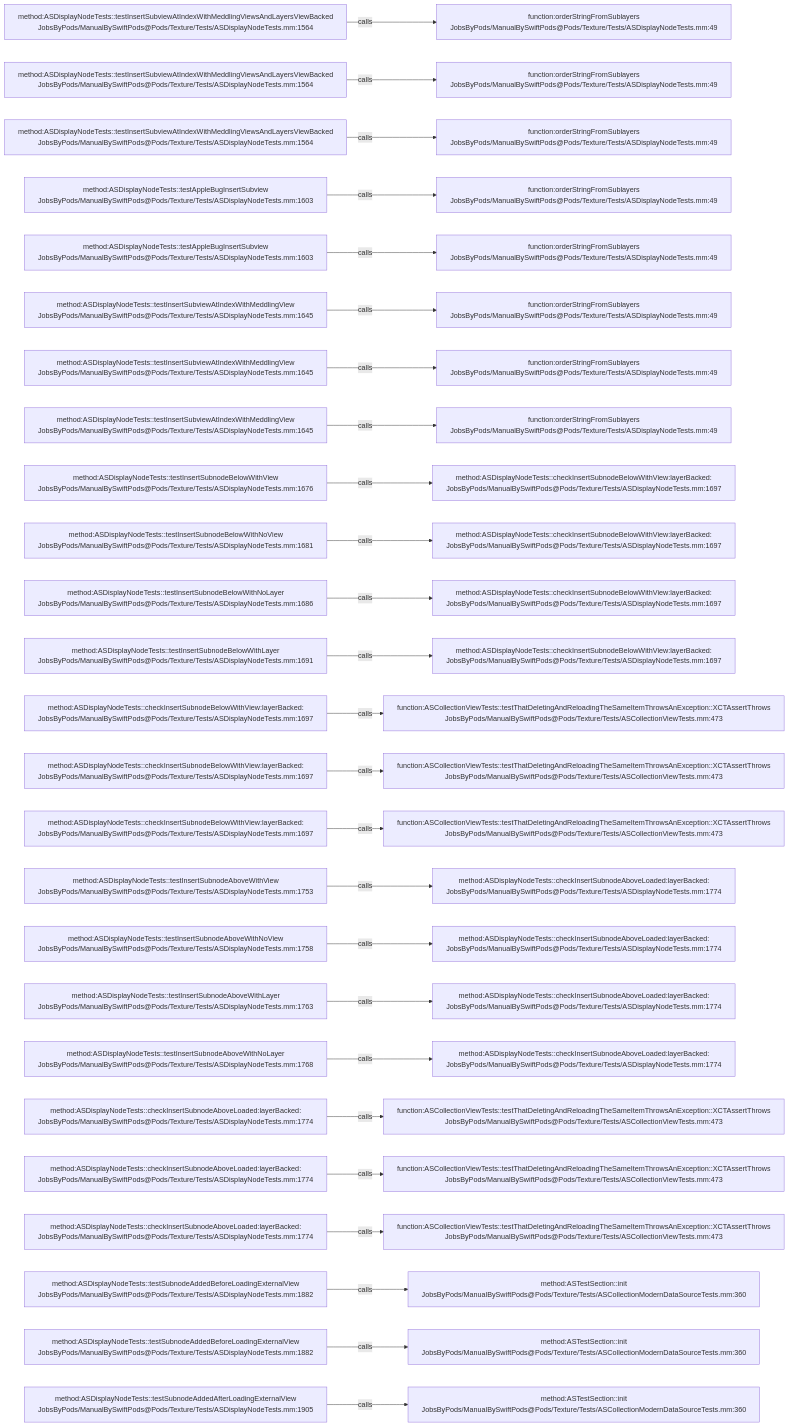
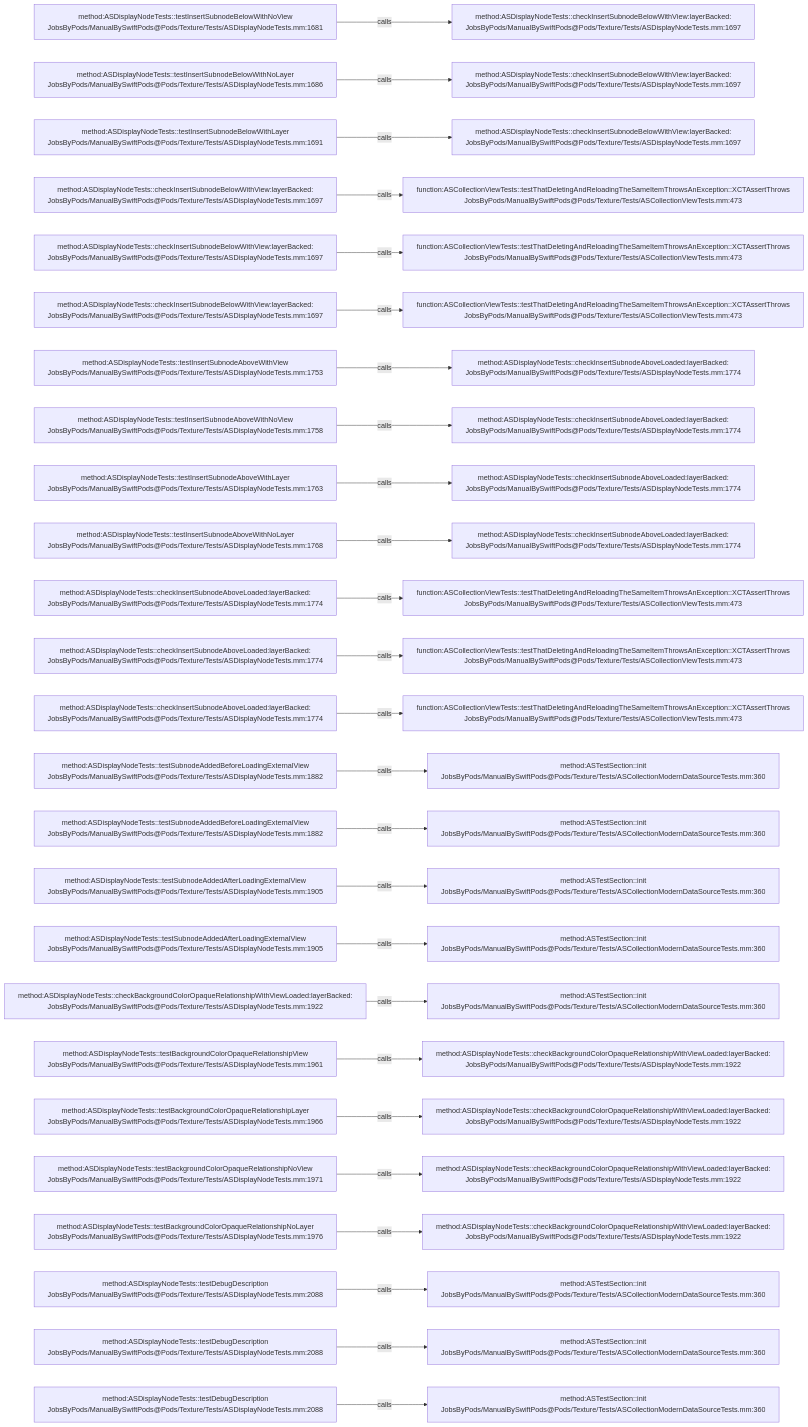
One commit to JobsKits/JobsSwiftBaseConfigDemo changed the diagram in .codegraph/codegraph.md/graphs/calls-193.md. Above: the diagram before and after it, drawn with Mermaid. The commit also changed 707 other files, not shown here.

````diff
--- a/.codegraph/codegraph.md/graphs/calls-193.md
+++ b/.codegraph/codegraph.md/graphs/calls-193.md
@@ -13,78 +13,78 @@
 ```mermaid
 flowchart LR
-  S1["method:ASDisplayNodeTests::testInsertSubviewAtIndexWithMeddlingViewsAndLayersViewBacked<br/>JobsByPods/ManualBySwiftPods@Pods/Texture/Tests/ASDisplayNodeTests.mm:1564"]
-  T1["function:orderStringFromSublayers<br/>JobsByPods/ManualBySwiftPods@Pods/Texture/Tests/ASDisplayNodeTests.mm:49"]
+  S1["method:ASDisplayNodeTests::testInsertSubnodeBelowWithNoView<br/>JobsByPods/ManualBySwiftPods@Pods/Texture/Tests/ASDisplayNodeTests.mm:1681"]
+  T1["method:ASDisplayNodeTests::checkInsertSubnodeBelowWithView:layerBacked:<br/>JobsByPods/ManualBySwiftPods@Pods/Texture/Tests/ASDisplayNodeTests.mm:1697"]
   S1 -->|calls| T1
-  S2["method:ASDisplayNodeTests::testInsertSubviewAtIndexWithMeddlingViewsAndLayersViewBacked<br/>JobsByPods/ManualBySwiftPods@Pods/Texture/Tests/ASDisplayNodeTests.mm:1564"]
-  T2["function:orderStringFromSublayers<br/>JobsByPods/ManualBySwiftPods@Pods/Texture/Tests/ASDisplayNodeTests.mm:49"]
+  S2["method:ASDisplayNodeTests::testInsertSubnodeBelowWithNoLayer<br/>JobsByPods/ManualBySwiftPods@Pods/Texture/Tests/ASDisplayNodeTests.mm:1686"]
+  T2["method:ASDisplayNodeTests::checkInsertSubnodeBelowWithView:layerBacked:<br/>JobsByPods/ManualBySwiftPods@Pods/Texture/Tests/ASDisplayNodeTests.mm:1697"]
   S2 -->|calls| T2
-  S3["method:ASDisplayNodeTests::testInsertSubviewAtIndexWithMeddlingViewsAndLayersViewBacked<br/>JobsByPods/ManualBySwiftPods@Pods/Texture/Tests/ASDisplayNodeTests.mm:1564"]
-  T3["function:orderStringFromSublayers<br/>JobsByPods/ManualBySwiftPods@Pods/Texture/Tests/ASDisplayNodeTests.mm:49"]
+  S3["method:ASDisplayNodeTests::testInsertSubnodeBelowWithLayer<br/>JobsByPods/ManualBySwiftPods@Pods/Texture/Tests/ASDisplayNodeTests.mm:1691"]
+  T3["method:ASDisplayNodeTests::checkInsertSubnodeBelowWithView:layerBacked:<br/>JobsByPods/ManualBySwiftPods@Pods/Texture/Tests/ASDisplayNodeTests.mm:1697"]
   S3 -->|calls| T3
-  S4["method:ASDisplayNodeTests::testAppleBugInsertSubview<br/>JobsByPods/ManualBySwiftPods@Pods/Texture/Tests/ASDisplayNodeTests.mm:1603"]
-  T4["function:orderStringFromSublayers<br/>JobsByPods/ManualBySwiftPods@Pods/Texture/Tests/ASDisplayNodeTests.mm:49"]
+  S4["method:ASDisplayNodeTests::checkInsertSubnodeBelowWithView:layerBacked:<br/>JobsByPods/ManualBySwiftPods@Pods/Texture/Tests/ASDisplayNodeTests.mm:1697"]
+  T4["function:ASCollectionViewTests::testThatDeletingAndReloadingTheSameItemThrowsAnException::XCTAssertThrows<br/>JobsByPods/ManualBySwiftPods@Pods/Texture/Tests/ASCollectionViewTests.mm:473"]
   S4 -->|calls| T4
-  S5["method:ASDisplayNodeTests::testAppleBugInsertSubview<br/>JobsByPods/ManualBySwiftPods@Pods/Texture/Tests/ASDisplayNodeTests.mm:1603"]
-  T5["function:orderStringFromSublayers<br/>JobsByPods/ManualBySwiftPods@Pods/Texture/Tests/ASDisplayNodeTests.mm:49"]
+  S5["method:ASDisplayNodeTests::checkInsertSubnodeBelowWithView:layerBacked:<br/>JobsByPods/ManualBySwiftPods@Pods/Texture/Tests/ASDisplayNodeTests.mm:1697"]
+  T5["function:ASCollectionViewTests::testThatDeletingAndReloadingTheSameItemThrowsAnException::XCTAssertThrows<br/>JobsByPods/ManualBySwiftPods@Pods/Texture/Tests/ASCollectionViewTests.mm:473"]
   S5 -->|calls| T5
-  S6["method:ASDisplayNodeTests::testInsertSubviewAtIndexWithMeddlingView<br/>JobsByPods/ManualBySwiftPods@Pods/Texture/Tests/ASDisplayNodeTests.mm:1645"]
-  T6["function:orderStringFromSublayers<br/>JobsByPods/ManualBySwiftPods@Pods/Texture/Tests/ASDisplayNodeTests.mm:49"]
+  S6["method:ASDisplayNodeTests::checkInsertSubnodeBelowWithView:layerBacked:<br/>JobsByPods/ManualBySwiftPods@Pods/Texture/Tests/ASDisplayNodeTests.mm:1697"]
+  T6["function:ASCollectionViewTests::testThatDeletingAndReloadingTheSameItemThrowsAnException::XCTAssertThrows<br/>JobsByPods/ManualBySwiftPods@Pods/Texture/Tests/ASCollectionViewTests.mm:473"]
   S6 -->|calls| T6
-  S7["method:ASDisplayNodeTests::testInsertSubviewAtIndexWithMeddlingView<br/>JobsByPods/ManualBySwiftPods@Pods/Texture/Tests/ASDisplayNodeTests.mm:1645"]
-  T7["function:orderStringFromSublayers<br/>JobsByPods/ManualBySwiftPods@Pods/Texture/Tests/ASDisplayNodeTests.mm:49"]
+  S7["method:ASDisplayNodeTests::testInsertSubnodeAboveWithView<br/>JobsByPods/ManualBySwiftPods@Pods/Texture/Tests/ASDisplayNodeTests.mm:1753"]
+  T7["method:ASDisplayNodeTests::checkInsertSubnodeAboveLoaded:layerBacked:<br/>JobsByPods/ManualBySwiftPods@Pods/Texture/Tests/ASDisplayNodeTests.mm:1774"]
   S7 -->|calls| T7
-  S8["method:ASDisplayNodeTests::testInsertSubviewAtIndexWithMeddlingView<br/>JobsByPods/ManualBySwiftPods@Pods/Texture/Tests/ASDisplayNodeTests.mm:1645"]
-  T8["function:orderStringFromSublayers<br/>JobsByPods/ManualBySwiftPods@Pods/Texture/Tests/ASDisplayNodeTests.mm:49"]
+  S8["method:ASDisplayNodeTests::testInsertSubnodeAboveWithNoView<br/>JobsByPods/ManualBySwiftPods@Pods/Texture/Tests/ASDisplayNodeTests.mm:1758"]
+  T8["method:ASDisplayNodeTests::checkInsertSubnodeAboveLoaded:layerBacked:<br/>JobsByPods/ManualBySwiftPods@Pods/Texture/Tests/ASDisplayNodeTests.mm:1774"]
   S8 -->|calls| T8
-  S9["method:ASDisplayNodeTests::testInsertSubnodeBelowWithView<br/>JobsByPods/ManualBySwiftPods@Pods/Texture/Tests/ASDisplayNodeTests.mm:1676"]
-  T9["method:ASDisplayNodeTests::checkInsertSubnodeBelowWithView:layerBacked:<br/>JobsByPods/ManualBySwiftPods@Pods/Texture/Tests/ASDisplayNodeTests.mm:1697"]
+  S9["method:ASDisplayNodeTests::testInsertSubnodeAboveWithLayer<br/>JobsByPods/ManualBySwiftPods@Pods/Texture/Tests/ASDisplayNodeTests.mm:1763"]
+  T9["method:ASDisplayNodeTests::checkInsertSubnodeAboveLoaded:layerBacked:<br/>JobsByPods/ManualBySwiftPods@Pods/Texture/Tests/ASDisplayNodeTests.mm:1774"]
   S9 -->|calls| T9
-  S10["method:ASDisplayNodeTests::testInsertSubnodeBelowWithNoView<br/>JobsByPods/ManualBySwiftPods@Pods/Texture/Tests/ASDisplayNodeTests.mm:1681"]
-  T10["method:ASDisplayNodeTests::checkInsertSubnodeBelowWithView:layerBacked:<br/>JobsByPods/ManualBySwiftPods@Pods/Texture/Tests/ASDisplayNodeTests.mm:1697"]
+  S10["method:ASDisplayNodeTests::testInsertSubnodeAboveWithNoLayer<br/>JobsByPods/ManualBySwiftPods@Pods/Texture/Tests/ASDisplayNodeTests.mm:1768"]
+  T10["method:ASDisplayNodeTests::checkInsertSubnodeAboveLoaded:layerBacked:<br/>JobsByPods/ManualBySwiftPods@Pods/Texture/Tests/ASDisplayNodeTests.mm:1774"]
   S10 -->|calls| T10
-  S11["method:ASDisplayNodeTests::testInsertSubnodeBelowWithNoLayer<br/>JobsByPods/ManualBySwiftPods@Pods/Texture/Tests/ASDisplayNodeTests.mm:1686"]
-  T11["method:ASDisplayNodeTests::checkInsertSubnodeBelowWithView:layerBacked:<br/>JobsByPods/ManualBySwiftPods@Pods/Texture/Tests/ASDisplayNodeTests.mm:1697"]
+  S11["method:ASDisplayNodeTests::checkInsertSubnodeAboveLoaded:layerBacked:<br/>JobsByPods/ManualBySwiftPods@Pods/Texture/Tests/ASDisplayNodeTests.mm:1774"]
+  T11["function:ASCollectionViewTests::testThatDeletingAndReloadingTheSameItemThrowsAnException::XCTAssertThrows<br/>JobsByPods/ManualBySwiftPods@Pods/Texture/Tests/ASCollectionViewTests.mm:473"]
   S11 -->|calls| T11
-  S12["method:ASDisplayNodeTests::testInsertSubnodeBelowWithLayer<br/>JobsByPods/ManualBySwiftPods@Pods/Texture/Tests/ASDisplayNodeTests.mm:1691"]
-  T12["method:ASDisplayNodeTests::checkInsertSubnodeBelowWithView:layerBacked:<br/>JobsByPods/ManualBySwiftPods@Pods/Texture/Tests/ASDisplayNodeTests.mm:1697"]
+  S12["method:ASDisplayNodeTests::checkInsertSubnodeAboveLoaded:layerBacked:<br/>JobsByPods/ManualBySwiftPods@Pods/Texture/Tests/ASDisplayNodeTests.mm:1774"]
+  T12["function:ASCollectionViewTests::testThatDeletingAndReloadingTheSameItemThrowsAnException::XCTAssertThrows<br/>JobsByPods/ManualBySwiftPods@Pods/Texture/Tests/ASCollectionViewTests.mm:473"]
   S12 -->|calls| T12
-  S13["method:ASDisplayNodeTests::checkInsertSubnodeBelowWithView:layerBacked:<br/>JobsByPods/ManualBySwiftPods@Pods/Texture/Tests/ASDisplayNodeTests.mm:1697"]
+  S13["method:ASDisplayNodeTests::checkInsertSubnodeAboveLoaded:layerBacked:<br/>JobsByPods/ManualBySwiftPods@Pods/Texture/Tests/ASDisplayNodeTests.mm:1774"]
   T13["function:ASCollectionViewTests::testThatDeletingAndReloadingTheSameItemThrowsAnException::XCTAssertThrows<br/>JobsByPods/ManualBySwiftPods@Pods/Texture/Tests/ASCollectionViewTests.mm:473"]
   S13 -->|calls| T13
-  S14["method:ASDisplayNodeTests::checkInsertSubnodeBelowWithView:layerBacked:<br/>JobsByPods/ManualBySwiftPods@Pods/Texture/Tests/ASDisplayNodeTests.mm:1697"]
-  T14["function:ASCollectionViewTests::testThatDeletingAndReloadingTheSameItemThrowsAnException::XCTAssertThrows<br/>JobsByPods/ManualBySwiftPods@Pods/Texture/Tests/ASCollectionViewTests.mm:473"]
+  S14["method:ASDisplayNodeTests::testSubnodeAddedBeforeLoadingExternalView<br/>JobsByPods/ManualBySwiftPods@Pods/Texture/Tests/ASDisplayNodeTests.mm:1882"]
+  T14["method:ASTestSection::init<br/>JobsByPods/ManualBySwiftPods@Pods/Texture/Tests/ASCollectionModernDataSourceTests.mm:360"]
   S14 -->|calls| T14
-  S15["method:ASDisplayNodeTests::checkInsertSubnodeBelowWithView:layerBacked:<br/>JobsByPods/ManualBySwiftPods@Pods/Texture/Tests/ASDisplayNodeTests.mm:1697"]
-  T15["function:ASCollectionViewTests::testThatDeletingAndReloadingTheSameItemThrowsAnException::XCTAssertThrows<br/>JobsByPods/ManualBySwiftPods@Pods/Texture/Tests/ASCollectionViewTests.mm:473"]
+  S15["method:ASDisplayNodeTests::testSubnodeAddedBeforeLoadingExternalView<br/>JobsByPods/ManualBySwiftPods@Pods/Texture/Tests/ASDisplayNodeTests.mm:1882"]
+  T15["method:ASTestSection::init<br/>JobsByPods/ManualBySwiftPods@Pods/Texture/Tests/ASCollectionModernDataSourceTests.mm:360"]
   S15 -->|calls| T15
-  S16["method:ASDisplayNodeTests::testInsertSubnodeAboveWithView<br/>JobsByPods/ManualBySwiftPods@Pods/Texture/Tests/ASDisplayNodeTests.mm:1753"]
-  T16["method:ASDisplayNodeTests::checkInsertSubnodeAboveLoaded:layerBacked:<br/>JobsByPods/ManualBySwiftPods@Pods/Texture/Tests/ASDisplayNodeTests.mm:1774"]
+  S16["method:ASDisplayNodeTests::testSubnodeAddedAfterLoadingExternalView<br/>JobsByPods/ManualBySwiftPods@Pods/Texture/Tests/ASDisplayNodeTests.mm:1905"]
+  T16["method:ASTestSection::init<br/>JobsByPods/ManualBySwiftPods@Pods/Texture/Tests/ASCollectionModernDataSourceTests.mm:360"]
   S16 -->|calls| T16
-  S17["method:ASDisplayNodeTests::testInsertSubnodeAboveWithNoView<br/>JobsByPods/ManualBySwiftPods@Pods/Texture/Tests/ASDisplayNodeTests.mm:1758"]
-  T17["method:ASDisplayNodeTests::checkInsertSubnodeAboveLoaded:layerBacked:<br/>JobsByPods/ManualBySwiftPods@Pods/Texture/Tests/ASDisplayNodeTests.mm:1774"]
+  S17["method:ASDisplayNodeTests::testSubnodeAddedAfterLoadingExternalView<br/>JobsByPods/ManualBySwiftPods@Pods/Texture/Tests/ASDisplayNodeTests.mm:1905"]
+  T17["method:ASTestSection::init<br/>JobsByPods/ManualBySwiftPods@Pods/Texture/Tests/ASCollectionModernDataSourceTests.mm:360"]
   S17 -->|calls| T17
-  S18["method:ASDisplayNodeTests::testInsertSubnodeAboveWithLayer<br/>JobsByPods/ManualBySwiftPods@Pods/Texture/Tests/ASDisplayNodeTests.mm:1763"]
-  T18["method:ASDisplayNodeTests::checkInsertSubnodeAboveLoaded:layerBacked:<br/>JobsByPods/ManualBySwiftPods@Pods/Texture/Tests/ASDisplayNodeTests.mm:1774"]
+  S18["method:ASDisplayNodeTests::checkBackgroundColorOpaqueRelationshipWithViewLoaded:layerBacked:<br/>JobsByPods/ManualBySwiftPods@Pods/Texture/Tests/ASDisplayNodeTests.mm:1922"]
+  T18["method:ASTestSection::init<br/>JobsByPods/ManualBySwiftPods@Pods/Texture/Tests/ASCollectionModernDataSourceTests.mm:360"]
   S18 -->|calls| T18
-  S19["method:ASDisplayNodeTests::testInsertSubnodeAboveWithNoLayer<br/>JobsByPods/ManualBySwiftPods@Pods/Texture/Tests/ASDisplayNodeTests.mm:1768"]
-  T19["method:ASDisplayNodeTests::checkInsertSubnodeAboveLoaded:layerBacked:<br/>JobsByPods/ManualBySwiftPods@Pods/Texture/Tests/ASDisplayNodeTests.mm:1774"]
+  S19["method:ASDisplayNodeTests::testBackgroundColorOpaqueRelationshipView<br/>JobsByPods/ManualBySwiftPods@Pods/Texture/Tests/ASDisplayNodeTests.mm:1961"]
+  T19["method:ASDisplayNodeTests::checkBackgroundColorOpaqueRelationshipWithViewLoaded:layerBacked:<br/>JobsByPods/ManualBySwiftPods@Pods/Texture/Tests/ASDisplayNodeTests.mm:1922"]
   S19 -->|calls| T19
-  S20["method:ASDisplayNodeTests::checkInsertSubnodeAboveLoaded:layerBacked:<br/>JobsByPods/ManualBySwiftPods@Pods/Texture/Tests/ASDisplayNodeTests.mm:1774"]
-  T20["function:ASCollectionViewTests::testThatDeletingAndReloadingTheSameItemThrowsAnException::XCTAssertThrows<br/>JobsByPods/ManualBySwiftPods@Pods/Texture/Tests/ASCollectionViewTests.mm:473"]
+  S20["method:ASDisplayNodeTests::testBackgroundColorOpaqueRelationshipLayer<br/>JobsByPods/ManualBySwiftPods@Pods/Texture/Tests/ASDisplayNodeTests.mm:1966"]
+  T20["method:ASDisplayNodeTests::checkBackgroundColorOpaqueRelationshipWithViewLoaded:layerBacked:<br/>JobsByPods/ManualBySwiftPods@Pods/Texture/Tests/ASDisplayNodeTests.mm:1922"]
   S20 -->|calls| T20
-  S21["method:ASDisplayNodeTests::checkInsertSubnodeAboveLoaded:layerBacked:<br/>JobsByPods/ManualBySwiftPods@Pods/Texture/Tests/ASDisplayNodeTests.mm:1774"]
-  T21["function:ASCollectionViewTests::testThatDeletingAndReloadingTheSameItemThrowsAnException::XCTAssertThrows<br/>JobsByPods/ManualBySwiftPods@Pods/Texture/Tests/ASCollectionViewTests.mm:473"]
+  S21["method:ASDisplayNodeTests::testBackgroundColorOpaqueRelationshipNoView<br/>JobsByPods/ManualBySwiftPods@Pods/Texture/Tests/ASDisplayNodeTests.mm:1971"]
+  T21["method:ASDisplayNodeTests::checkBackgroundColorOpaqueRelationshipWithViewLoaded:layerBacked:<br/>JobsByPods/ManualBySwiftPods@Pods/Texture/Tests/ASDisplayNodeTests.mm:1922"]
   S21 -->|calls| T21
-  S22["method:ASDisplayNodeTests::checkInsertSubnodeAboveLoaded:layerBacked:<br/>JobsByPods/ManualBySwiftPods@Pods/Texture/Tests/ASDisplayNodeTests.mm:1774"]
-  T22["function:ASCollectionViewTests::testThatDeletingAndReloadingTheSameItemThrowsAnException::XCTAssertThrows<br/>JobsByPods/ManualBySwiftPods@Pods/Texture/Tests/ASCollectionViewTests.mm:473"]
+  S22["method:ASDisplayNodeTests::testBackgroundColorOpaqueRelationshipNoLayer<br/>JobsByPods/ManualBySwiftPods@Pods/Texture/Tests/ASDisplayNodeTests.mm:1976"]
+  T22["method:ASDisplayNodeTests::checkBackgroundColorOpaqueRelationshipWithViewLoaded:layerBacked:<br/>JobsByPods/ManualBySwiftPods@Pods/Texture/Tests/ASDisplayNodeTests.mm:1922"]
   S22 -->|calls| T22
-  S23["method:ASDisplayNodeTests::testSubnodeAddedBeforeLoadingExternalView<br/>JobsByPods/ManualBySwiftPods@Pods/Texture/Tests/ASDisplayNodeTests.mm:1882"]
+  S23["method:ASDisplayNodeTests::testDebugDescription<br/>JobsByPods/ManualBySwiftPods@Pods/Texture/Tests/ASDisplayNodeTests.mm:2088"]
   T23["method:ASTestSection::init<br/>JobsByPods/ManualBySwiftPods@Pods/Texture/Tests/ASCollectionModernDataSourceTests.mm:360"]
   S23 -->|calls| T23
-  S24["method:ASDisplayNodeTests::testSubnodeAddedBeforeLoadingExternalView<br/>JobsByPods/ManualBySwiftPods@Pods/Texture/Tests/ASDisplayNodeTests.mm:1882"]
+  S24["method:ASDisplayNodeTests::testDebugDescription<br/>JobsByPods/ManualBySwiftPods@Pods/Texture/Tests/ASDisplayNodeTests.mm:2088"]
   T24["method:ASTestSection::init<br/>JobsByPods/ManualBySwiftPods@Pods/Texture/Tests/ASCollectionModernDataSourceTests.mm:360"]
   S24 -->|calls| T24
-  S25["method:ASDisplayNodeTests::testSubnodeAddedAfterLoadingExternalView<br/>JobsByPods/ManualBySwiftPods@Pods/Texture/Tests/ASDisplayNodeTests.mm:1905"]
+  S25["method:ASDisplayNodeTests::testDebugDescription<br/>JobsByPods/ManualBySwiftPods@Pods/Texture/Tests/ASDisplayNodeTests.mm:2088"]
   T25["method:ASTestSection::init<br/>JobsByPods/ManualBySwiftPods@Pods/Texture/Tests/ASCollectionModernDataSourceTests.mm:360"]
   S25 -->|calls| T25
 ```
````
